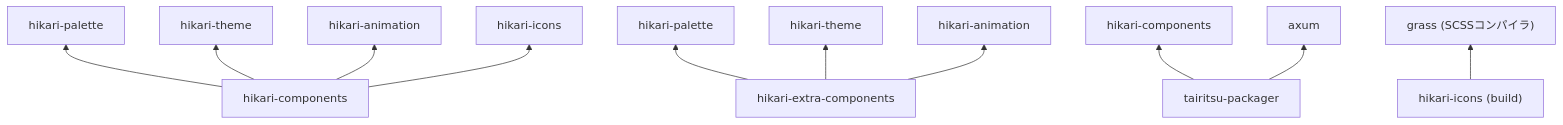
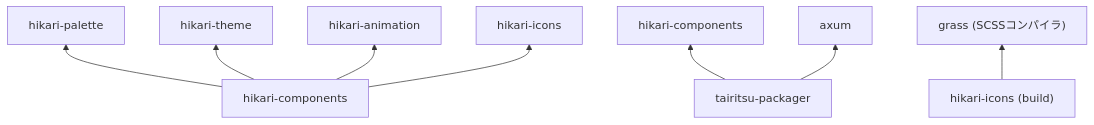
One commit to celestia-island/hikari changed the fifth of 5 diagrams in docs/ja/system/overview.md. Above: the diagram before and after it, drawn with Mermaid. The commit also changed other lines of this file and 87 other files, not shown here.

````diff
--- a/docs/ja/system/overview.md
+++ b/docs/ja/system/overview.md
@@ -396,16 +346,13 @@
 ```mermaid
 graph BT
   hikari-components --> hikari-palette
   hikari-components --> hikari-theme
   hikari-components --> hikari-animation
   hikari-components --> hikari-icons
 
-  hikari-extra-components --> hikari-palette2[hikari-palette]
-  hikari-extra-components --> hikari-theme2[hikari-theme]
-  hikari-extra-components --> hikari-animation2[hikari-animation]
 
   tairitsu-packager --> hikari-components2[hikari-components]
   tairitsu-packager --> axum
 
   hikari-icons-build["hikari-icons (build)"] --> grass["grass (SCSSコンパイラ)"]
 ```
````
